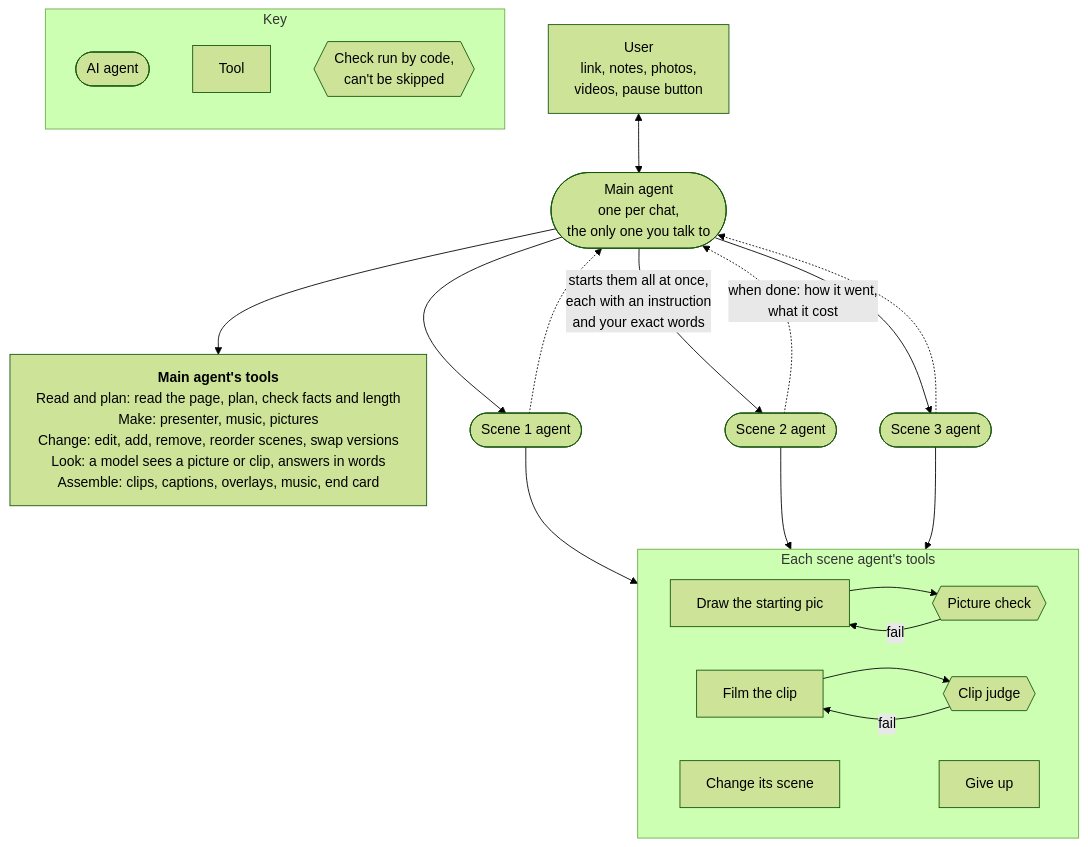
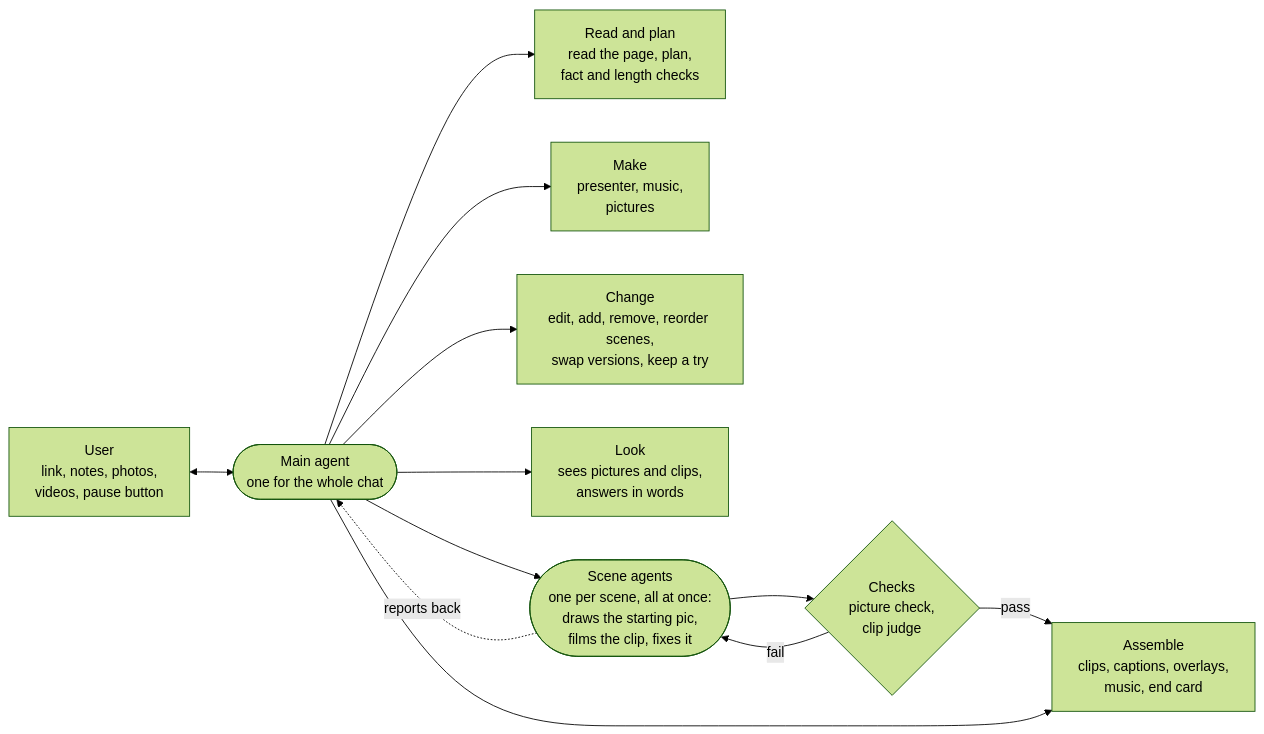
Before and after one commit to Julian-Win-Stack/adforge: the diagram in docs/readme/how-it-works.mmd, drawn with Mermaid (forest theme). The commit also changed 3 other files, not shown here.

First line of the commit message:
Keep the old diagram's layout, mark the two agents

```diff
--- a/docs/readme/how-it-works.mmd
+++ b/docs/readme/how-it-works.mmd
@@ -1,29 +1,13 @@
-%%{init: {"flowchart": {"wrappingWidth": 500}, "fontFamily": "Inter"}}%%
-flowchart TB
-    U[User<br/>link, notes, photos,<br/>videos, pause button] <--> M(["Main agent<br/>one per chat,<br/>the only one you talk to"])
-
-    M --> T["<b>Main agent's tools</b><br/>Read and plan: read the page, plan, check facts and length<br/>Make: presenter, music, pictures<br/>Change: edit, add, remove, reorder scenes, swap versions<br/>Look: a model sees a picture or clip, answers in words<br/>Assemble: clips, captions, overlays, music, end card"]
-
-    M --> S1(["Scene 1 agent"])
-    M -- "starts them all at once,<br/>each with an instruction<br/>and your exact words" --> S2(["Scene 2 agent"])
-    M --> S3(["Scene 3 agent"])
-    S1 -.-> M
-    S2 -. "when done: how it went,<br/>what it cost" .-> M
-    S3 -.-> M
-
-    subgraph ST["Each scene agent's tools"]
-        D[Draw the starting pic] --> PC{{Picture check}}
-        PC -- fail --> D
-        F[Film the clip] --> CJ{{Clip judge}}
-        CJ -- fail --> F
-        C[Change its scene] ~~~ G[Give up]
-    end
-
-    S1 & S2 & S3 --> ST
-
-    subgraph KEY["Key"]
-        direction TB
-        K1([AI agent])
-        K2[Tool]
-        K3{{Check run by code,<br/>can't be skipped}}
-    end
+%%{init: {"fontFamily": "Inter"}}%%
+flowchart LR
+    O[User<br/>link, notes, photos,<br/>videos, pause button] <--> P(["Main agent<br/>one for the whole chat"])
+    P --> R[Read and plan<br/>read the page, plan,<br/>fact and length checks]
+    P --> M[Make<br/>presenter, music,<br/>pictures]
+    P --> E[Change<br/>edit, add, remove, reorder scenes,<br/>swap versions, keep a try]
+    P --> L[Look<br/>sees pictures and clips,<br/>answers in words]
+    P --> S(["Scene agents<br/>one per scene, all at once:<br/>draws the starting pic,<br/>films the clip, fixes it"])
+    S -. reports back .-> P
+    S --> C{Checks<br/>picture check,<br/>clip judge}
+    C -- fail --> S
+    C -- pass --> A[Assemble<br/>clips, captions, overlays,<br/>music, end card]
+    P --> A
```
